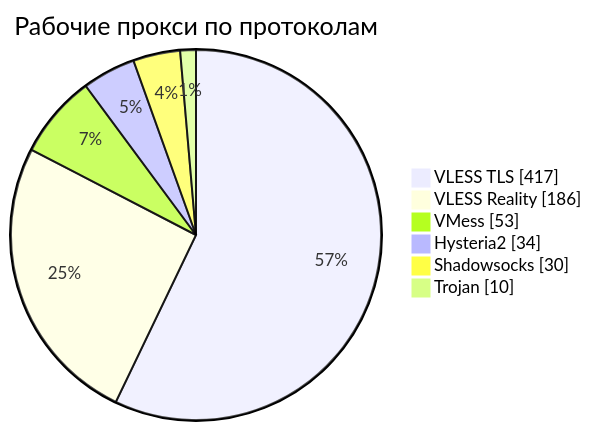
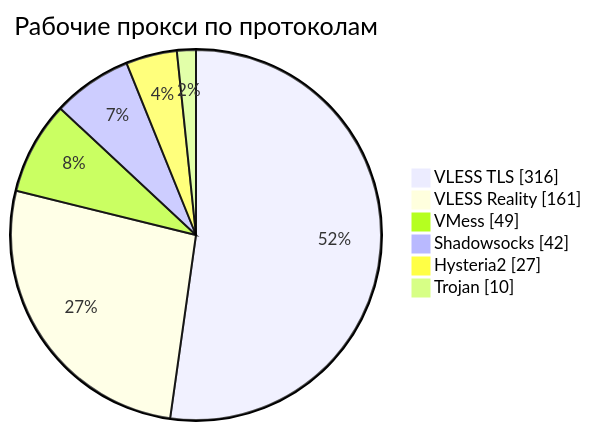
One commit to rvvg/proxy-subs changed the third of 4 diagrams in README.md. Above: the diagram before and after it, drawn with Mermaid. The commit also changed other lines of this file and 48 other files, not shown here.

````diff
--- a/README.md
+++ b/README.md
@@ -133,10 +139,10 @@
 ```mermaid
 pie showData
     title Рабочие прокси по протоколам
-    "VLESS TLS" : 417
-    "VLESS Reality" : 186
-    "VMess" : 53
-    "Hysteria2" : 34
-    "Shadowsocks" : 30
+    "VLESS TLS" : 316
+    "VLESS Reality" : 161
+    "VMess" : 49
+    "Shadowsocks" : 42
+    "Hysteria2" : 27
     "Trojan" : 10
 ```
````
